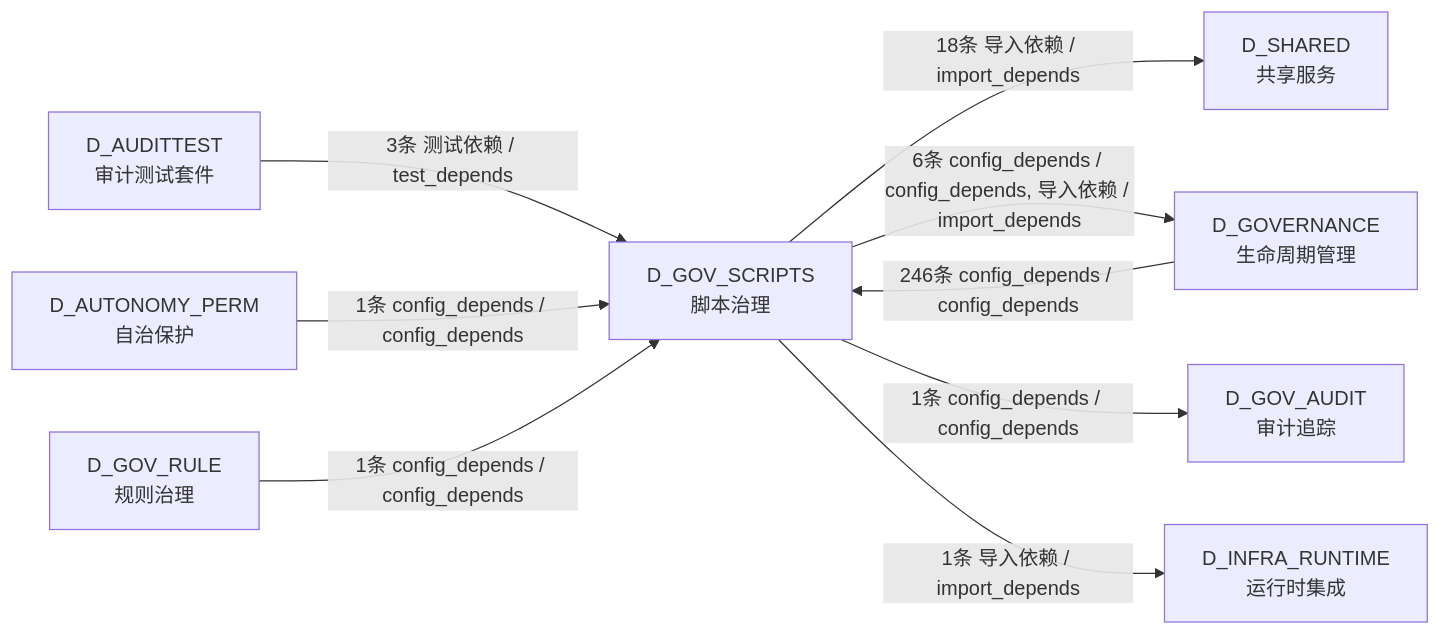
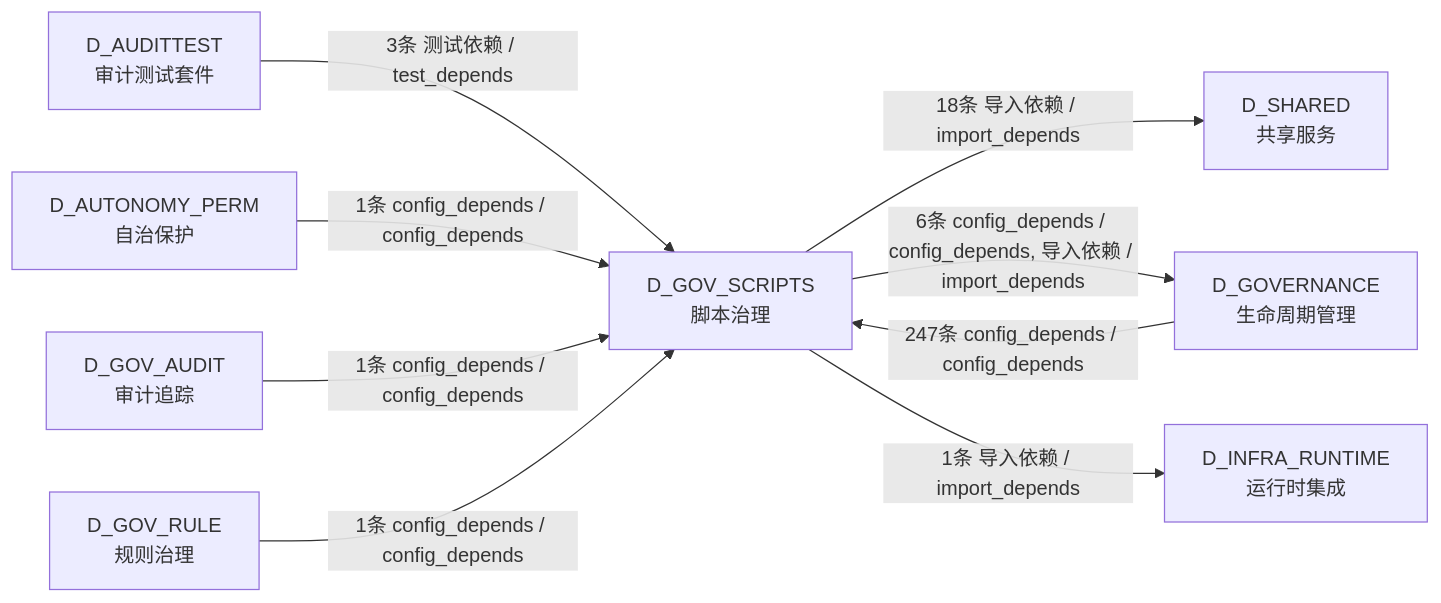
Before and after one commit to xuanFelixVan/ZephyrAlpha: the sixth of 6 diagrams in docs/02_enterprise_architecture/02_domain_architecture_docs/44_d_gov_scripts.md, drawn with Mermaid. The commit also changed other lines of this file and 112 other files, not shown here.

````diff
--- a/docs/02_enterprise_architecture/02_domain_architecture_docs/44_d_gov_scripts.md
+++ b/docs/02_enterprise_architecture/02_domain_architecture_docs/44_d_gov_scripts.md
@@ -962,19 +963,19 @@
 ```mermaid
 graph LR
     D_GOV_SCRIPTS["D_GOV_SCRIPTS<br/>脚本治理"]
     D_SHARED["D_SHARED<br/>共享服务"]
     D_GOVERNANCE["D_GOVERNANCE<br/>生命周期管理"]
-    D_GOV_AUDIT["D_GOV_AUDIT<br/>审计追踪"]
     D_INFRA_RUNTIME["D_INFRA_RUNTIME<br/>运行时集成"]
     D_AUDITTEST["D_AUDITTEST<br/>审计测试套件"]
     D_AUTONOMY_PERM["D_AUTONOMY_PERM<br/>自治保护"]
+    D_GOV_AUDIT["D_GOV_AUDIT<br/>审计追踪"]
     D_GOV_RULE["D_GOV_RULE<br/>规则治理"]
     D_GOV_SCRIPTS -->|18条 导入依赖 / import_depends| D_SHARED
     D_GOV_SCRIPTS -->|6条 config_depends / config_depends, 导入依赖 / import_depends| D_GOVERNANCE
-    D_GOV_SCRIPTS -->|1条 config_depends / config_depends| D_GOV_AUDIT
     D_GOV_SCRIPTS -->|1条 导入依赖 / import_depends| D_INFRA_RUNTIME
-    D_GOVERNANCE -->|246条 config_depends / config_depends| D_GOV_SCRIPTS
+    D_GOVERNANCE -->|247条 config_depends / config_depends| D_GOV_SCRIPTS
     D_AUDITTEST -->|3条 测试依赖 / test_depends| D_GOV_SCRIPTS
     D_AUTONOMY_PERM -->|1条 config_depends / config_depends| D_GOV_SCRIPTS
+    D_GOV_AUDIT -->|1条 config_depends / config_depends| D_GOV_SCRIPTS
     D_GOV_RULE -->|1条 config_depends / config_depends| D_GOV_SCRIPTS
 ```
````
